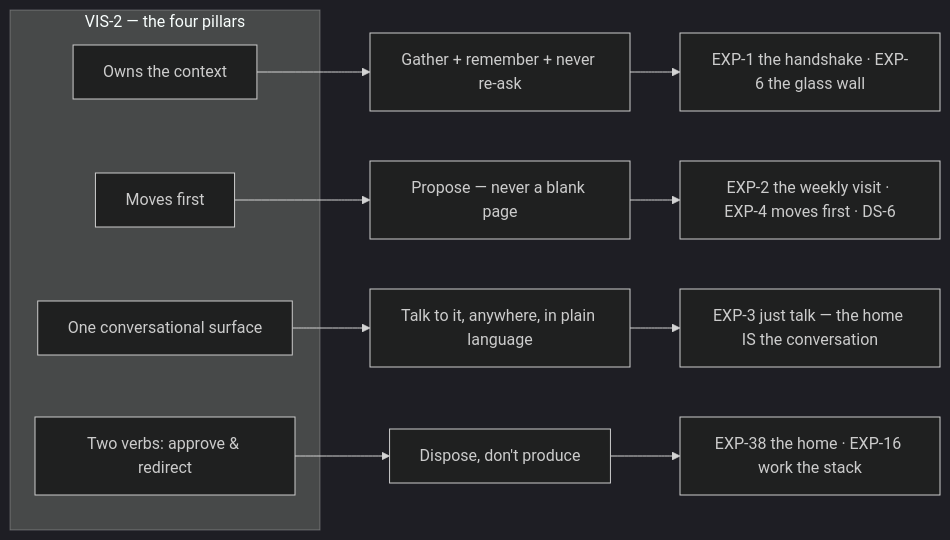
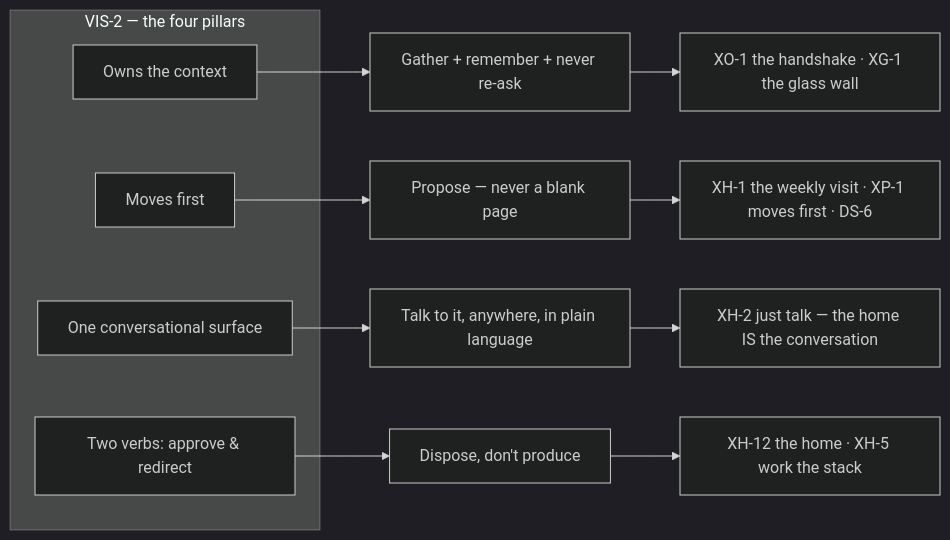
Before and after one commit to jetdream/steward: the diagram in .spec/experience/vision-experience-map.md, drawn with Mermaid (dark theme). The commit also changed other lines of this file and 48 other files, not shown here.

````diff
--- a/.spec/experience/vision-experience-map.md
+++ b/.spec/experience/vision-experience-map.md
@@ -11,17 +13,17 @@
 ```mermaid
 graph LR
   subgraph VIS["VIS-2 — the four pillars"]
     P1["Owns the context"]
     P2["Moves first"]
     P3["One conversational surface"]
     P4["Two verbs: approve & redirect"]
   end
   P1 --> C["Gather + remember + never re-ask"]
   P2 --> M["Propose — never a blank page"]
   P3 --> T["Talk to it, anywhere, in plain language"]
   P4 --> V["Dispose, don't produce"]
-  C --> E1["EXP-1 the handshake · EXP-6 the glass wall"]
-  M --> E2["EXP-2 the weekly visit · EXP-4 moves first · DS-6"]
-  T --> E3["EXP-3 just talk — the home IS the conversation"]
-  V --> E4["EXP-38 the home · EXP-16 work the stack"]
+  C --> E1["XO-1 the handshake · XG-1 the glass wall"]
+  M --> E2["XH-1 the weekly visit · XP-1 moves first · DS-6"]
+  T --> E3["XH-2 just talk — the home IS the conversation"]
+  V --> E4["XH-12 the home · XH-5 work the stack"]
 ```
````
